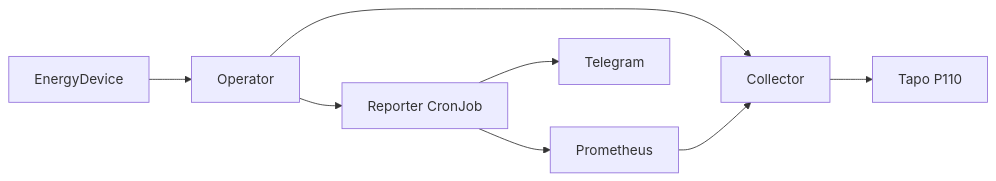
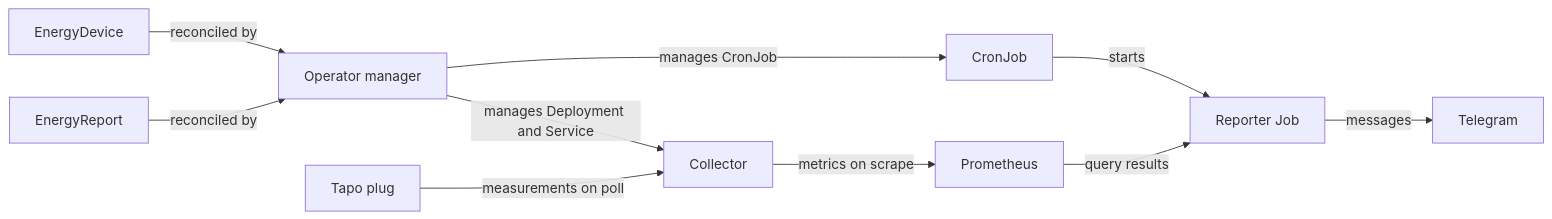
The diagram in docs/architecture.md (alvarorg14/kubewattch), drawn with Mermaid before and after one commit. The commit also changed other lines of this file and 28 other files, not shown here.

````diff
--- a/docs/architecture.md
+++ b/docs/architecture.md
@@ -9,10 +5,12 @@
 ```mermaid
 flowchart LR
-  D[EnergyDevice] --> O[Operator]
-  O --> C[Collector]
-  C --> T[Tapo P110]
-  P[Prometheus] --> C
-  O --> R[Reporter CronJob]
-  R --> P
-  R --> TG[Telegram]
+  ED[EnergyDevice] -->|reconciled by| M[Operator manager]
+  ER[EnergyReport] -->|reconciled by| M
+  M -->|manages Deployment and Service| C[Collector]
+  M -->|manages CronJob| J[CronJob]
+  J -->|starts| R[Reporter Job]
+  T[Tapo plug] -->|measurements on poll| C
+  C -->|metrics on scrape| P[Prometheus]
+  P -->|query results| R
+  R -->|messages| G[Telegram]
 ```
````
